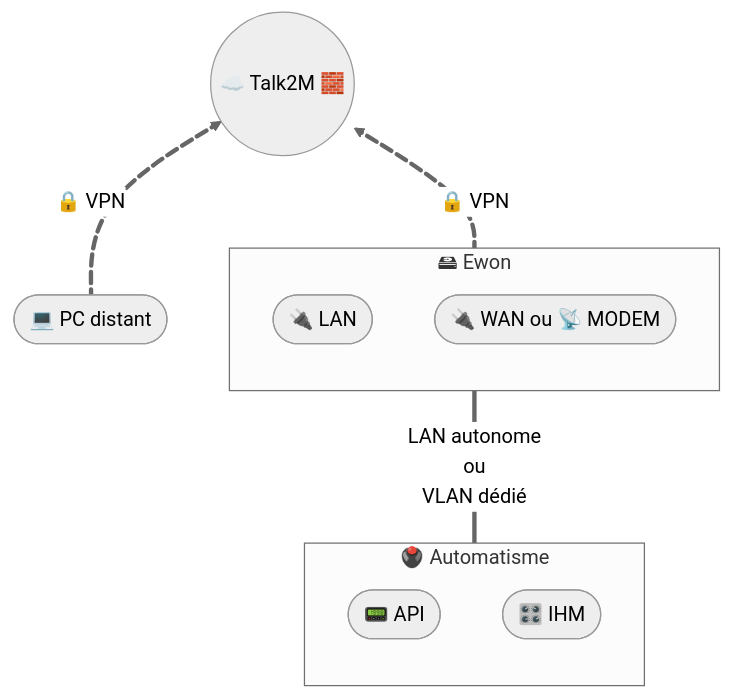
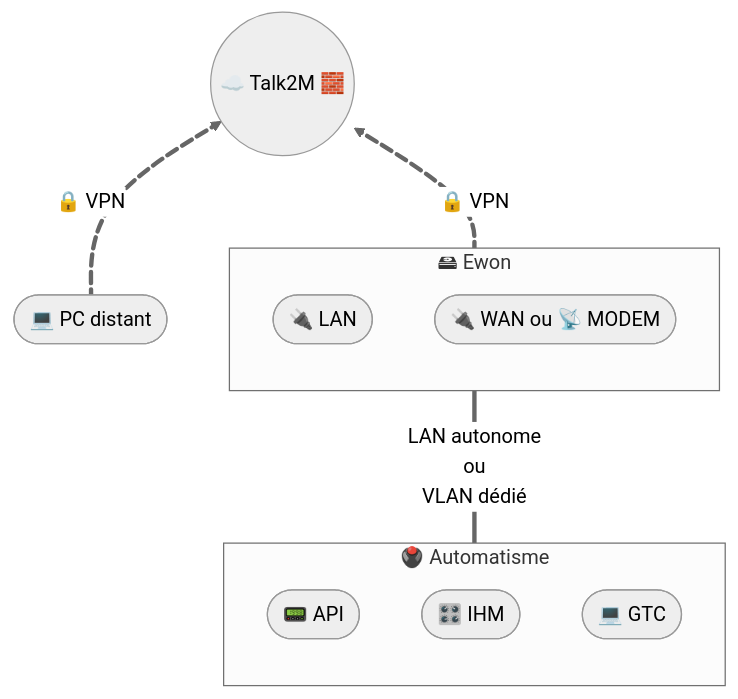
Before and after one commit to JohannPx/network-architectures: the diagram in docs/remote-access/remote-access-ewon.md, drawn with Mermaid (neutral theme). The commit also changed other lines of this file, not shown here.

````diff
--- a/docs/remote-access/remote-access-ewon.md
+++ b/docs/remote-access/remote-access-ewon.md
@@ -28,28 +5,29 @@
 ```mermaid
 flowchart BT
 
     remote([💻 PC distant])
 
     subgraph automation [🖲️ Automatisme]
         plc([📟 API])
         hmi([🎛️ IHM])
+        gtc([💻 GTC])
     end
 
     subgraph ewon [🖴 Ewon]
         ewonLan([🔌 LAN])
         ewonWan([🔌 WAN ou 📡 MODEM])
     end
 
     talk2m((☁️ Talk2M 🧱))
 
     remote e2@== 🔒 VPN ==> talk2m
     e2@{ animation: fast }
 
     ewon e1@== 🔒 VPN ==> talk2m
     e1@{ animation: fast }
 
     automation == LAN autonome
     ou
     VLAN dédié === ewon
 
 ```
````
